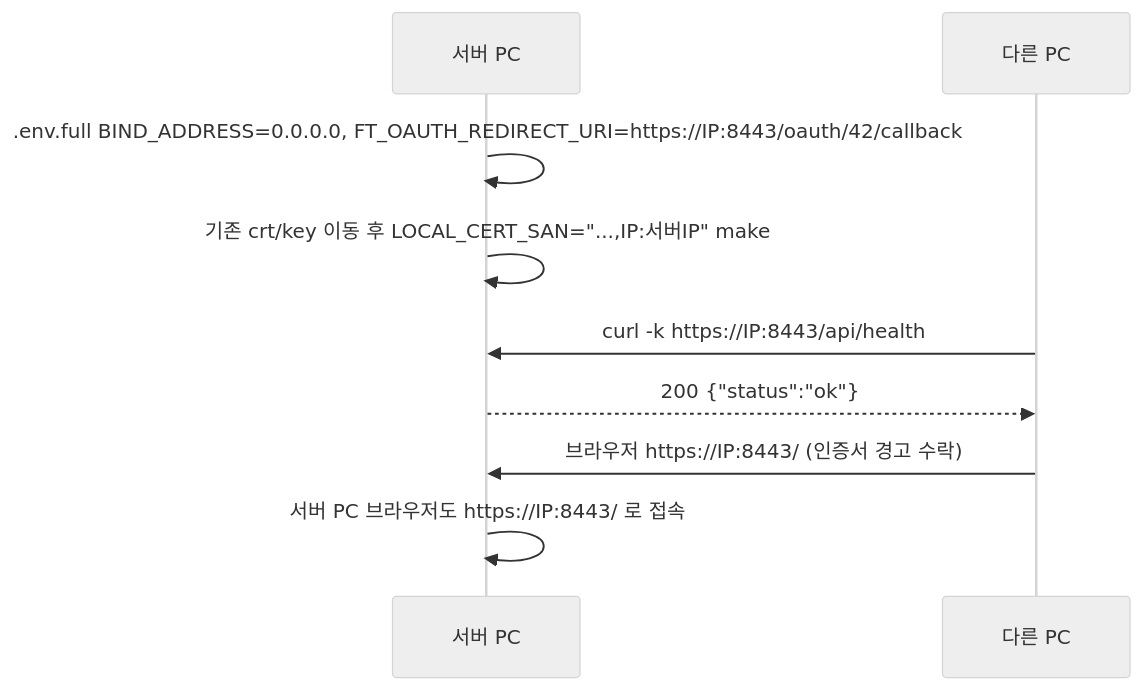
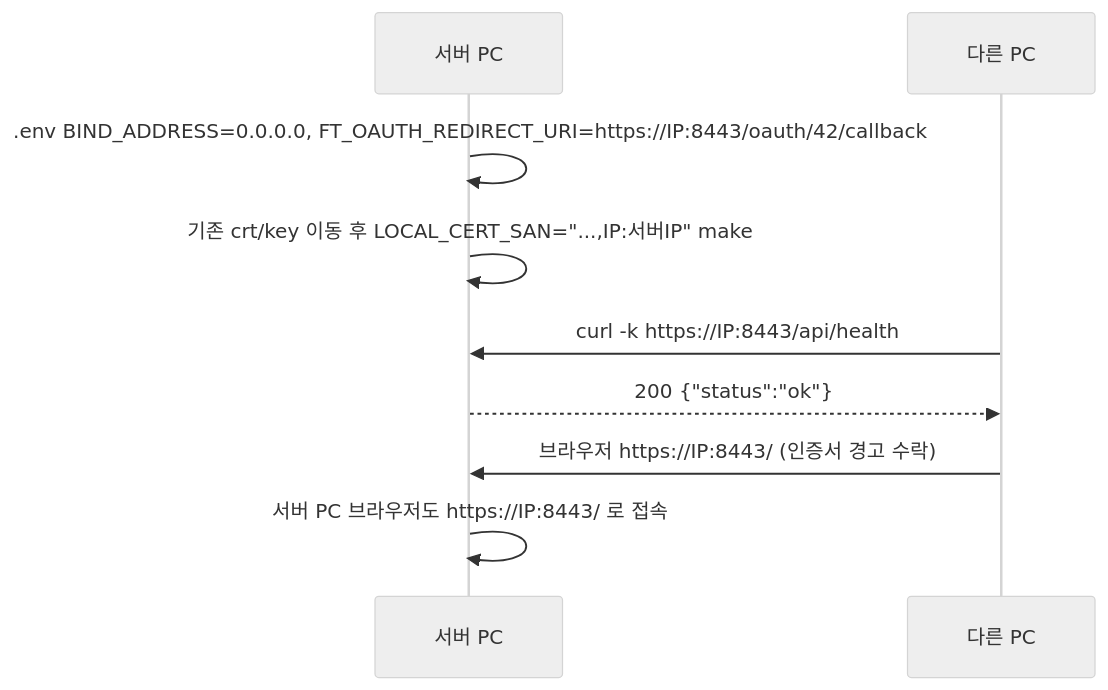
Before and after one commit to EscapeFromGyeongsan/ft_transcendence: the second of 5 diagrams in Document/evaluation/evaluation-scenarios.md, drawn with Mermaid (neutral theme). The commit also changed other lines of this file, not shown here.

Commit message:
docs(evaluation): point the scenarios at the single .env

````diff
--- a/Document/evaluation/evaluation-scenarios.md
+++ b/Document/evaluation/evaluation-scenarios.md
@@ -182,11 +183,11 @@
 ```mermaid
 sequenceDiagram
   participant S as 서버 PC
   participant O as 다른 PC
-  S->>S: .env.full BIND_ADDRESS=0.0.0.0, FT_OAUTH_REDIRECT_URI=https://IP:8443/oauth/42/callback
+  S->>S: .env BIND_ADDRESS=0.0.0.0, FT_OAUTH_REDIRECT_URI=https://IP:8443/oauth/42/callback
   S->>S: 기존 crt/key 이동 후 LOCAL_CERT_SAN="...,IP:서버IP" make
   O->>S: curl -k https://IP:8443/api/health
   S-->>O: 200 {"status":"ok"}
   O->>S: 브라우저 https://IP:8443/ (인증서 경고 수락)
   S->>S: 서버 PC 브라우저도 https://IP:8443/ 로 접속
 ```
````
